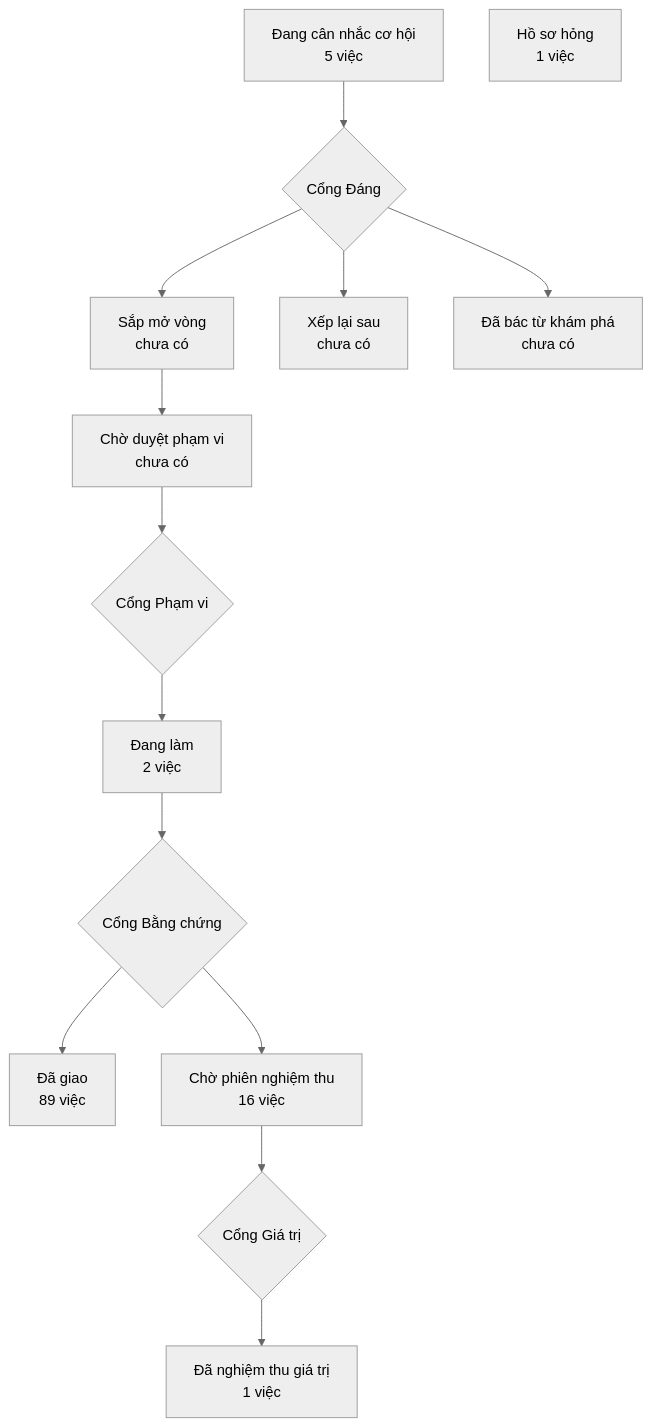
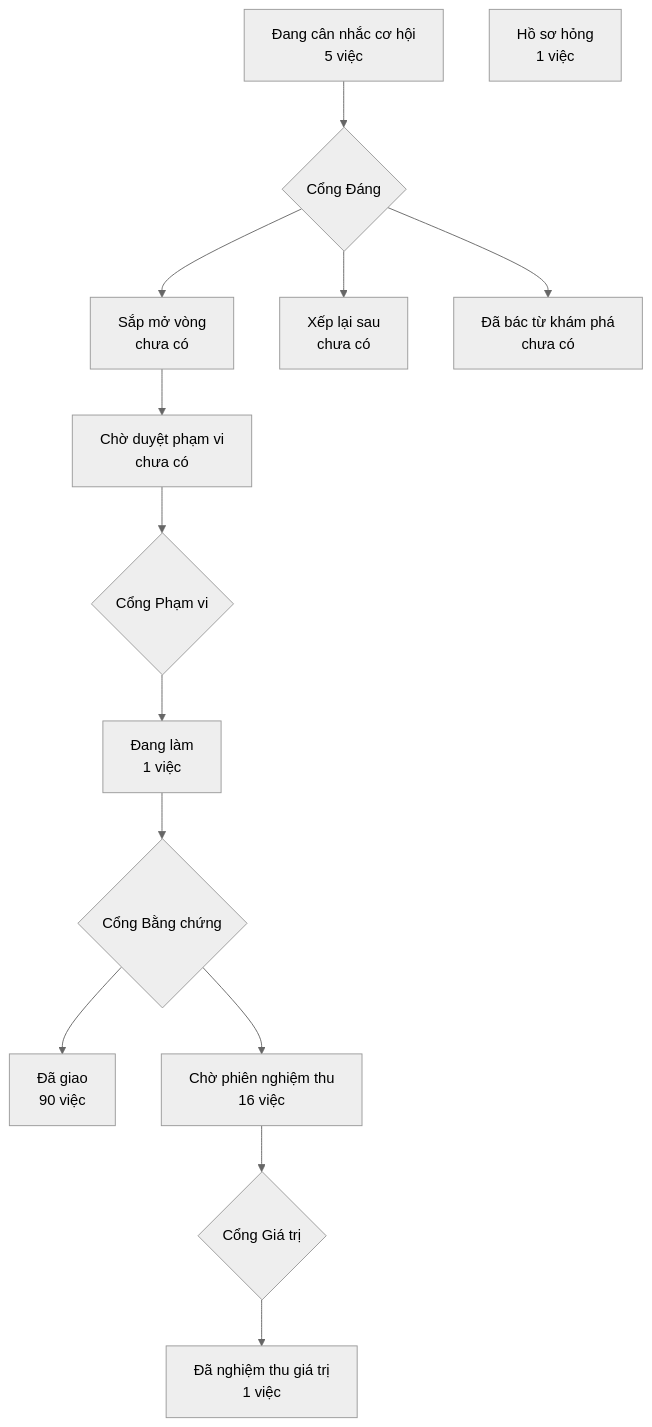
One commit to phanlemanh/crm-onehub changed the diagram in PRODUCT-MAP.md. Above: the diagram before and after it, drawn with Mermaid (neutral theme). The commit also changed other lines of this file and 3 other files, not shown here.

````diff
--- a/PRODUCT-MAP.md
+++ b/PRODUCT-MAP.md
@@ -6,13 +6,13 @@
 ```mermaid
 flowchart TD
   A["Đang cân nhắc cơ hội<br/>5 việc"] --> GD{"Cổng Đáng"}
   GD --> B["Sắp mở vòng<br/>chưa có"]
   GD --> XL["Xếp lại sau<br/>chưa có"]
   GD --> DB["Đã bác từ khám phá<br/>chưa có"]
   B --> CD["Chờ duyệt phạm vi<br/>chưa có"] --> GP{"Cổng Phạm vi"}
-  GP --> DL["Đang làm<br/>2 việc"] --> GB{"Cổng Bằng chứng"}
-  GB --> DG["Đã giao<br/>89 việc"]
+  GP --> DL["Đang làm<br/>1 việc"] --> GB{"Cổng Bằng chứng"}
+  GB --> DG["Đã giao<br/>90 việc"]
   GB --> CN["Chờ phiên nghiệm thu<br/>16 việc"] --> GG{"Cổng Giá trị"}
   GG --> NT["Đã nghiệm thu giá trị<br/>1 việc"]
   HS["Hồ sơ hỏng<br/>1 việc"]
 ```
````
